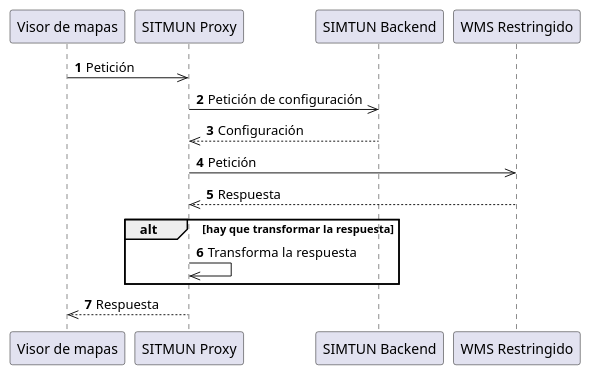
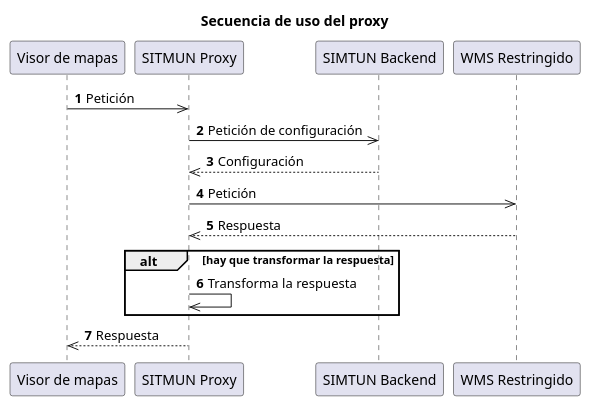
One commit to sitmun/sitmun.github.io changed the second of 2 diagrams in docs/design.md. Above: the diagram before and after it, drawn with PlantUML. The commit also changed other lines of this file and 3 other files, not shown here.

````diff
--- a/docs/design.md
+++ b/docs/design.md
@@ -62,19 +118,22 @@
 ```plantuml
 @startuml
+title
+    Secuencia de uso del proxy
+end title
 autonumber
 participant "Visor de mapas" as Client
 participant "SITMUN Proxy" as Proxy
 participant "SIMTUN Backend" as Backend
 participant "WMS Restringido" as Remoto
 
 Client->>Proxy: Petición
 Proxy->>Backend: Petición de configuración
 Backend-->>Proxy: Configuración
 Proxy->>Remoto: Petición
 Remoto-->>Proxy: Respuesta
 alt hay que transformar la respuesta
     Proxy->>Proxy: Transforma la respuesta
 end
 Proxy-->>Client: Respuesta
 @enduml
 ```
````
